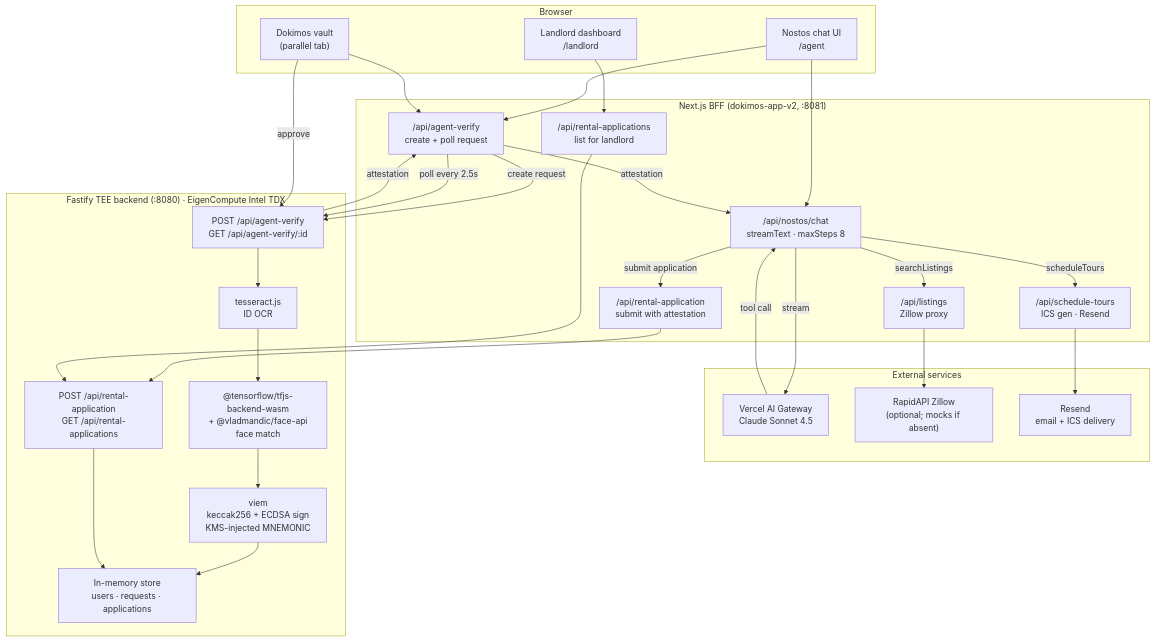
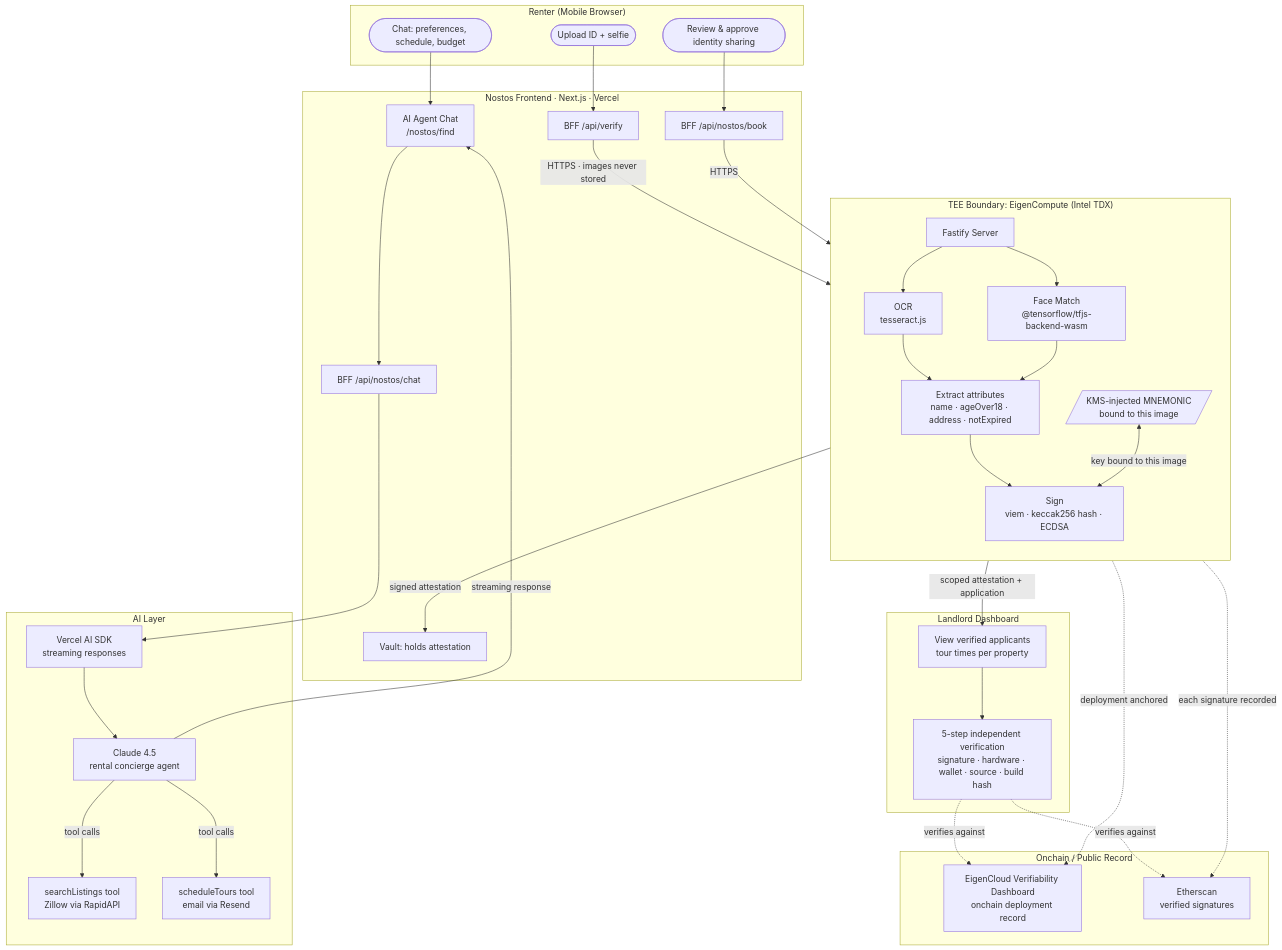
Before and after one commit to pranavirohit/real-estate-agent: the diagram in README.md, drawn with Mermaid. The commit also changed other lines of this file, not shown here.

Commit message:
Rewrite README for Nostos: dual-audience framing, architecture diagram, real vs. simulated breakdown

````diff
--- a/README.md
+++ b/README.md
@@ -29,60 +31,64 @@
 ```mermaid
 flowchart TD
-    subgraph Browser["Browser"]
-        UI["Nostos chat UI\n/agent"]
-        LL["Landlord dashboard\n/landlord"]
-        Vault["Dokimos vault\n(parallel tab)"]
+    subgraph Renter["Renter (Mobile Browser)"]
+        R1([Chat: preferences, schedule, budget])
+        R2([Upload ID + selfie])
+        R3([Review & approve identity sharing])
     end
 
-    subgraph BFF["Next.js BFF (dokimos-app-v2, :8081)"]
-        Chat["/api/nostos/chat\nstreamText · maxSteps 8"]
-        Tours["/api/schedule-tours\nICS gen · Resend"]
-        AV["/api/agent-verify\ncreate + poll request"]
-        RA["/api/rental-application\nsubmit with attestation"]
-        RL["/api/rental-applications\nlist for landlord"]
-        Listings["/api/listings\nZillow proxy"]
+    subgraph NostosApp["Nostos Frontend · Next.js · Vercel"]
+        N1["AI Agent Chat\n/nostos/find"]
+        N2["BFF /api/nostos/chat"]
+        N3["BFF /api/verify"]
+        N4["Vault: holds attestation"]
+        N5["BFF /api/nostos/book"]
     end
 
-    subgraph External["External services"]
-        Gateway["Vercel AI Gateway\nClaude Sonnet 4.5"]
-        Zillow["RapidAPI Zillow\n(optional; mocks if absent)"]
-        Email["Resend\nemail + ICS delivery"]
+    subgraph AILayer["AI Layer"]
+        A1["Vercel AI SDK\nstreaming responses"]
+        A2["Claude 4.5\nrental concierge agent"]
+        A3["searchListings tool\nZillow via RapidAPI"]
+        A4["scheduleTours tool\nemail via Resend"]
     end
 
-    subgraph TEE["Fastify TEE backend (:8080) · EigenCompute Intel TDX"]
-        OCR["tesseract.js\nID OCR"]
-        Face["@tensorflow/tfjs-backend-wasm\n+ @vladmandic/face-api\nface match"]
-        Sign["viem\nkeccak256 + ECDSA sign\nKMS-injected MNEMONIC"]
-        Store["In-memory store\nusers · requests · applications"]
-        AgentV["POST /api/agent-verify\nGET /api/agent-verify/:id"]
-        RentalA["POST /api/rental-application\nGET /api/rental-applications"]
+    subgraph TEE["TEE Boundary: EigenCompute (Intel TDX)"]
+        direction TB
+        T1["Fastify Server"]
+        T2["OCR\ntesseract.js"]
+        T3["Face Match\n@tensorflow/tfjs-backend-wasm"]
+        T4["Extract attributes\nname · ageOver18 · address · notExpired"]
+        T5["Sign\nviem · keccak256 hash · ECDSA"]
+        T6[/"KMS-injected MNEMONIC\nbound to this image"/]
     end
 
-    UI --> Chat
-    UI --> AV
-    LL --> RL
-    Vault --> AV
+    subgraph Landlord["Landlord Dashboard"]
+        L1["View verified applicants\ntour times per property"]
+        L2["5-step independent verification\nsignature · hardware · wallet · source · build hash"]
+    end
 
-    Chat -->|stream| Gateway
-    Gateway -->|tool call| Chat
-    Chat -->|searchListings| Listings
-    Listings --> Zillow
-    Chat -->|scheduleTours| Tours
-    Tours --> Email
+    subgraph Public["Onchain / Public Record"]
+        C1["EigenCloud Verifiability Dashboard\nonchain deployment record"]
+        C2["Etherscan\nverified signatures"]
+    end
 
-    AV -->|create request| AgentV
-    AV -->|poll every 2.5s| AgentV
-    Vault -->|approve| AgentV
-    AgentV --> OCR
-    OCR --> Face
-    Face --> Sign
-    Sign --> Store
-    AgentV -->|attestation| AV
-    AV -->|attestation| Chat
+    R1 --> N1 --> N2
+    N2 --> A1 --> A2
+    A2 -->|"tool calls"| A3 & A4
+    A2 -->|"streaming response"| N1
 
-    Chat -->|submit application| RA
-    RA --> RentalA
-    RentalA --> Store
+    R2 --> N3
+    N3 -->|"HTTPS · images never stored"| T1
+    T1 --> T2 & T3
+    T2 & T3 --> T4 --> T5
+    T6 <-->|"key bound to this image"| T5
+    T5 -->|"signed attestation"| N4
 
-    RL --> RentalA
+    R3 --> N5
+    N5 -->|"HTTPS"| T1
+    T1 -->|"scoped attestation + application"| L1
+    L1 --> L2
+
+    T5 -.->|"each signature recorded"| C2
+    T1 -.->|"deployment anchored"| C1
+    L2 -.->|"verifies against"| C1 & C2
 ```
````
